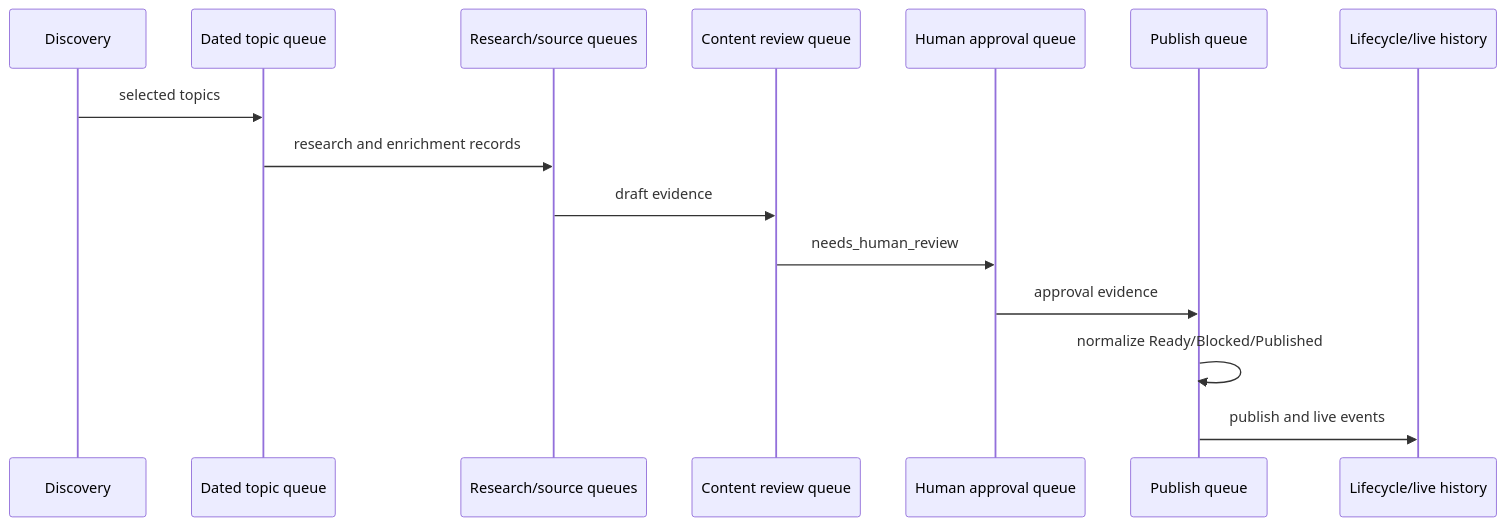
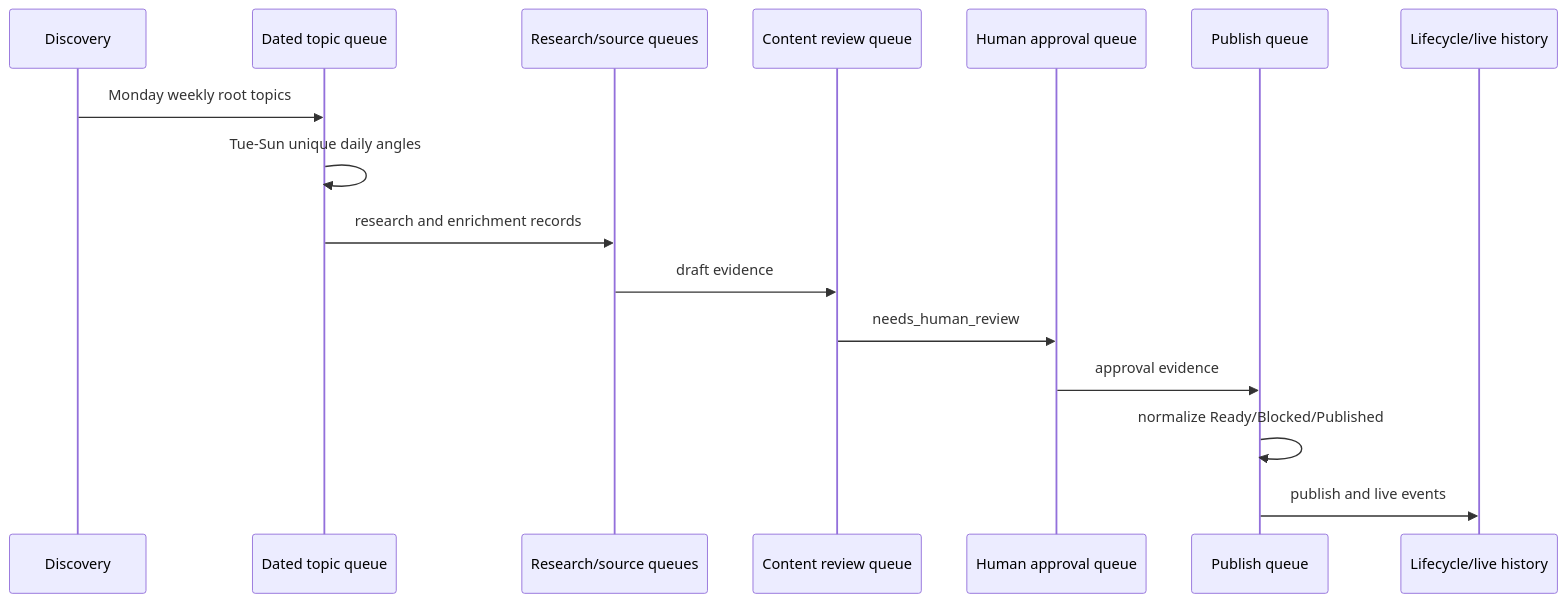
The diagram in architecture/QUEUE_ARCHITECTURE.md (tuanpk1977/affiliate-bot), drawn with Mermaid before and after one commit. The commit also changed other lines of this file and 11 other files, not shown here.

Commit message:
Reuse weekly root topics for daily angles

````diff
--- a/architecture/QUEUE_ARCHITECTURE.md
+++ b/architecture/QUEUE_ARCHITECTURE.md
@@ -5,17 +5,18 @@
 ```mermaid
 sequenceDiagram
     participant Discover as Discovery
     participant Batch as Dated topic queue
     participant Research as Research/source queues
     participant AI as Content review queue
     participant Human as Human approval queue
     participant Gate as Publish queue
     participant History as Lifecycle/live history
-    Discover->>Batch: selected topics
+    Discover->>Batch: Monday weekly root topics
+    Batch->>Batch: Tue-Sun unique daily angles
     Batch->>Research: research and enrichment records
     Research->>AI: draft evidence
     AI->>Human: needs_human_review
     Human->>Gate: approval evidence
     Gate->>Gate: normalize Ready/Blocked/Published
     Gate->>History: publish and live events
 ```
````
